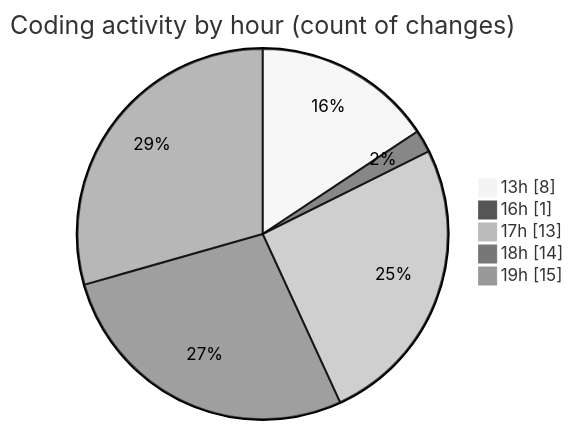
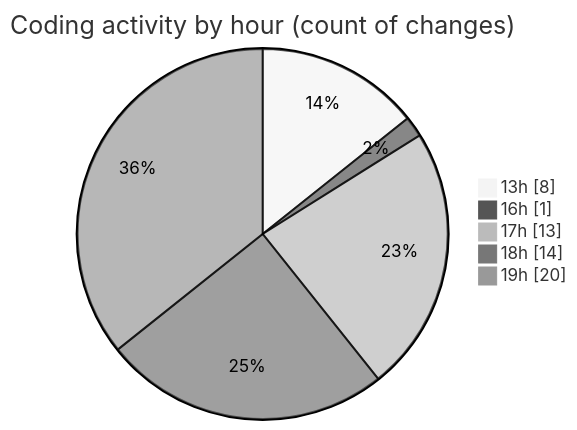
The second of 2 diagrams in 2025-08-24/chatgpt-extension/README.md (EIIisD/code-tracking), drawn with Mermaid (neutral theme) before and after one commit. The commit also changed other lines of this file and 1 other file, not shown here.

````diff
--- a/2025-08-24/chatgpt-extension/README.md
+++ b/2025-08-24/chatgpt-extension/README.md
@@ -34,9 +35,9 @@
 ```mermaid
 pie showData
 title Coding activity by hour (count of changes)
 "13h" : 8
 "16h" : 1
 "17h" : 13
 "18h" : 14
-"19h" : 15
+"19h" : 20
 ```
````
